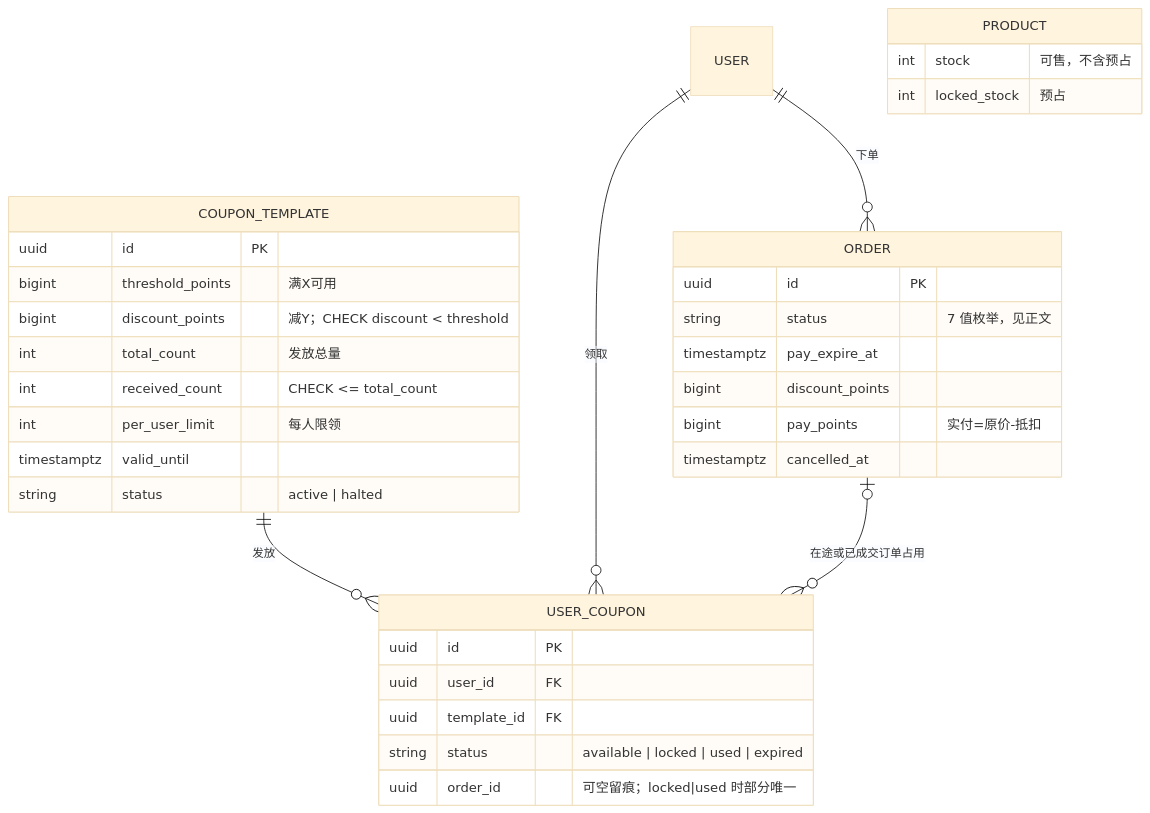
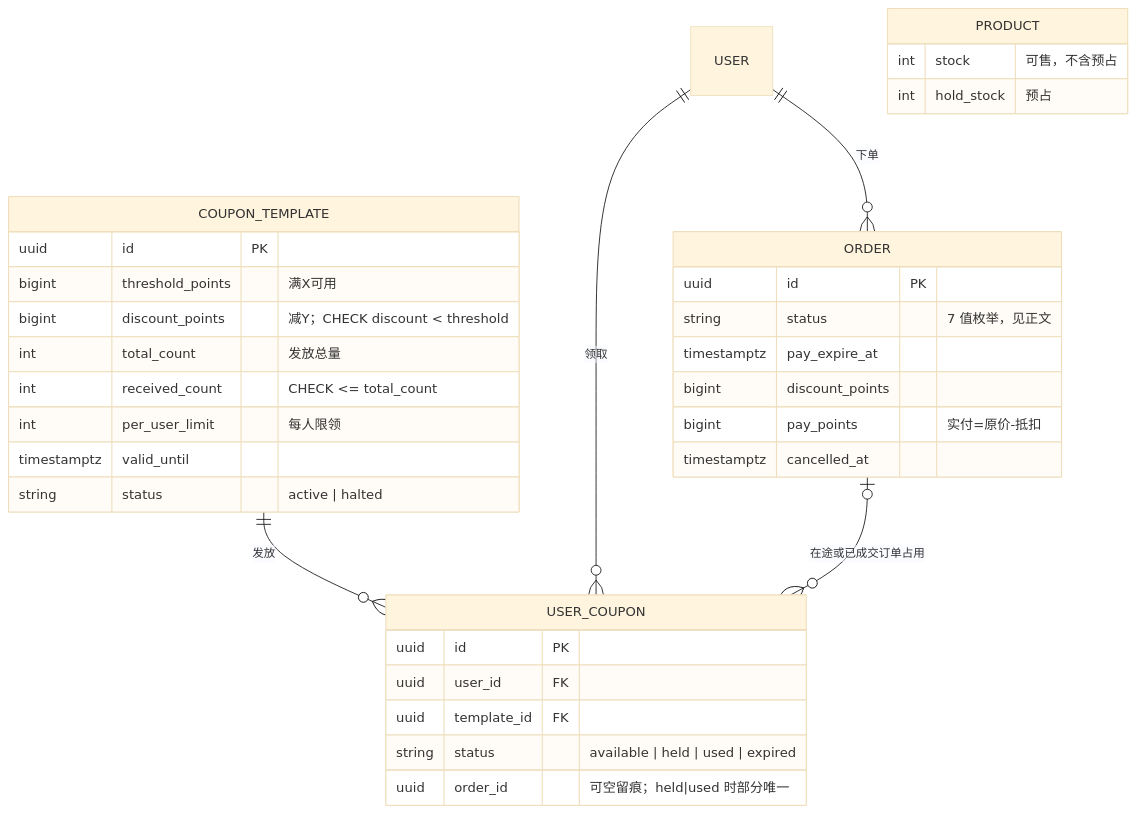
One commit to RBowind/shop-mall changed the first of 7 diagrams in docs/architecture/07-coupon-pay-lifecycle.md. Above: the diagram before and after it, drawn with Mermaid (base theme). The commit also changed other lines of this file and 23 other files, not shown here.

````diff
--- a/docs/architecture/07-coupon-pay-lifecycle.md
+++ b/docs/architecture/07-coupon-pay-lifecycle.md
@@ -127,36 +127,36 @@
 ```mermaid
 erDiagram
     COUPON_TEMPLATE ||--o{ USER_COUPON : "发放"
     USER ||--o{ USER_COUPON : "领取"
     ORDER |o--o{ USER_COUPON : "在途或已成交订单占用"
     USER ||--o{ ORDER : "下单"
     COUPON_TEMPLATE {
         uuid id PK
         bigint threshold_points "满X可用"
         bigint discount_points "减Y；CHECK discount < threshold"
         int total_count "发放总量"
         int received_count "CHECK <= total_count"
         int per_user_limit "每人限领"
         timestamptz valid_until
         string status "active | halted"
     }
     USER_COUPON {
         uuid id PK
         uuid user_id FK
         uuid template_id FK
-        string status "available | locked | used | expired"
-        uuid order_id "可空留痕；locked|used 时部分唯一"
+        string status "available | held | used | expired"
+        uuid order_id "可空留痕；held|used 时部分唯一"
     }
     ORDER {
         uuid id PK
         string status "7 值枚举，见正文"
         timestamptz pay_expire_at
         bigint discount_points
         bigint pay_points "实付=原价-抵扣"
         timestamptz cancelled_at
     }
     PRODUCT {
         int stock "可售，不含预占"
-        int locked_stock "预占"
+        int hold_stock "预占"
     }
 ```
````
